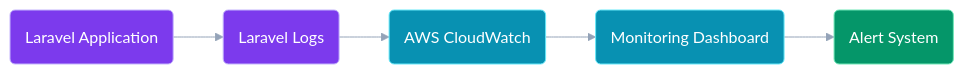
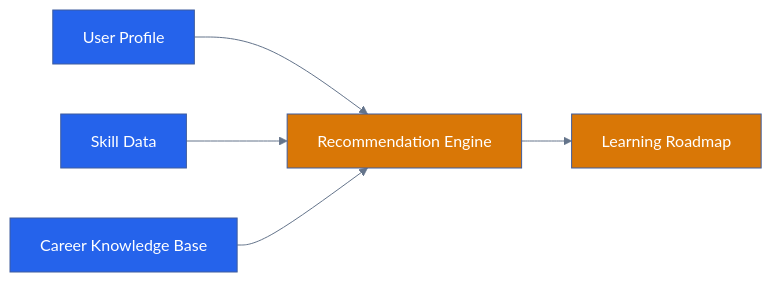
Diagram 19 of 28 in documentation/06-backend-development-plan.md (kupiMZS/CareerIQ-AI), drawn with Mermaid before and after one commit. The commit also changed other lines of this file and 9 other files, not shown here.

Commit message:
docs: finalize complete system documentation and architecture foundation

````diff
--- a/documentation/06-backend-development-plan.md
+++ b/documentation/06-backend-development-plan.md
@@ -2365,54 +2414,50 @@
 ```mermaid
 %%{init:{
-'theme':'base',
-'themeVariables':{
-'fontFamily':'Inter',
-'lineColor':'#94A3B8'
+"theme":"base",
+"themeVariables":{
+"primaryColor":"#2563EB",
+"primaryTextColor":"#FFFFFF",
+"lineColor":"#64748B"
 }
 }}%%
 
 
 flowchart LR
 
 
-APPLICATION("Laravel Application")
+USER["User Profile"]
 
 
-LOG("Laravel Logs")
+SKILLS["Skill Data"]
 
 
-CLOUDWATCH("AWS CloudWatch")
+CAREERDB["Career Knowledge Base"]
 
 
-DASHBOARD("Monitoring Dashboard")
+ENGINE["Recommendation Engine"]
 
 
-ALERT("Alert System")
+ROADMAP["Learning Roadmap"]
 
 
 
-APPLICATION --> LOG
+USER --> ENGINE
 
-LOG --> CLOUDWATCH
+SKILLS --> ENGINE
 
-CLOUDWATCH --> DASHBOARD
+CAREERDB --> ENGINE
 
-DASHBOARD --> ALERT
+ENGINE --> ROADMAP
 
 
 
-classDef app fill:#7C3AED,stroke:#C4B5FD,color:#FFFFFF;
+classDef backend fill:#2563EB,color:white;
 
-classDef cloud fill:#0891B2,stroke:#67E8F9,color:#FFFFFF;
-
-classDef output fill:#059669,stroke:#6EE7B7,color:#FFFFFF;
+classDef ai fill:#D97706,color:white;
 
 
+class USER,SKILLS,CAREERDB backend;
 
-class APPLICATION,LOG app;
-
-class CLOUDWATCH,DASHBOARD cloud;
-
-class ALERT output;
+class ENGINE,ROADMAP ai;
 
 ```
````
